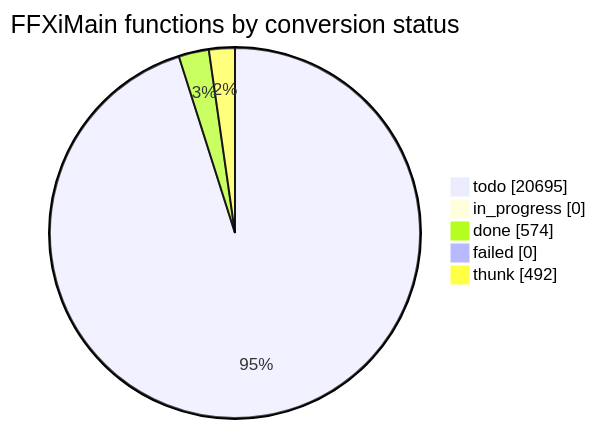
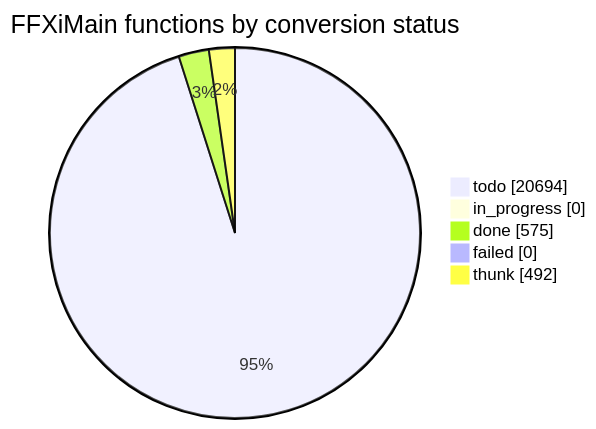
One commit to cowrevenge/cow_kuluu_xi_anything changed the diagram in docs/cow/STATUS.md. Above: the diagram before and after it, drawn with Mermaid. The commit also changed other lines of this file and 9 other files, not shown here.

````diff
--- a/docs/cow/STATUS.md
+++ b/docs/cow/STATUS.md
@@ -18,9 +18,9 @@
 ```mermaid
 pie showData
     title FFXiMain functions by conversion status
-    "todo" : 20695
+    "todo" : 20694
     "in_progress" : 0
-    "done" : 574
+    "done" : 575
     "failed" : 0
     "thunk" : 492
 ```
````
